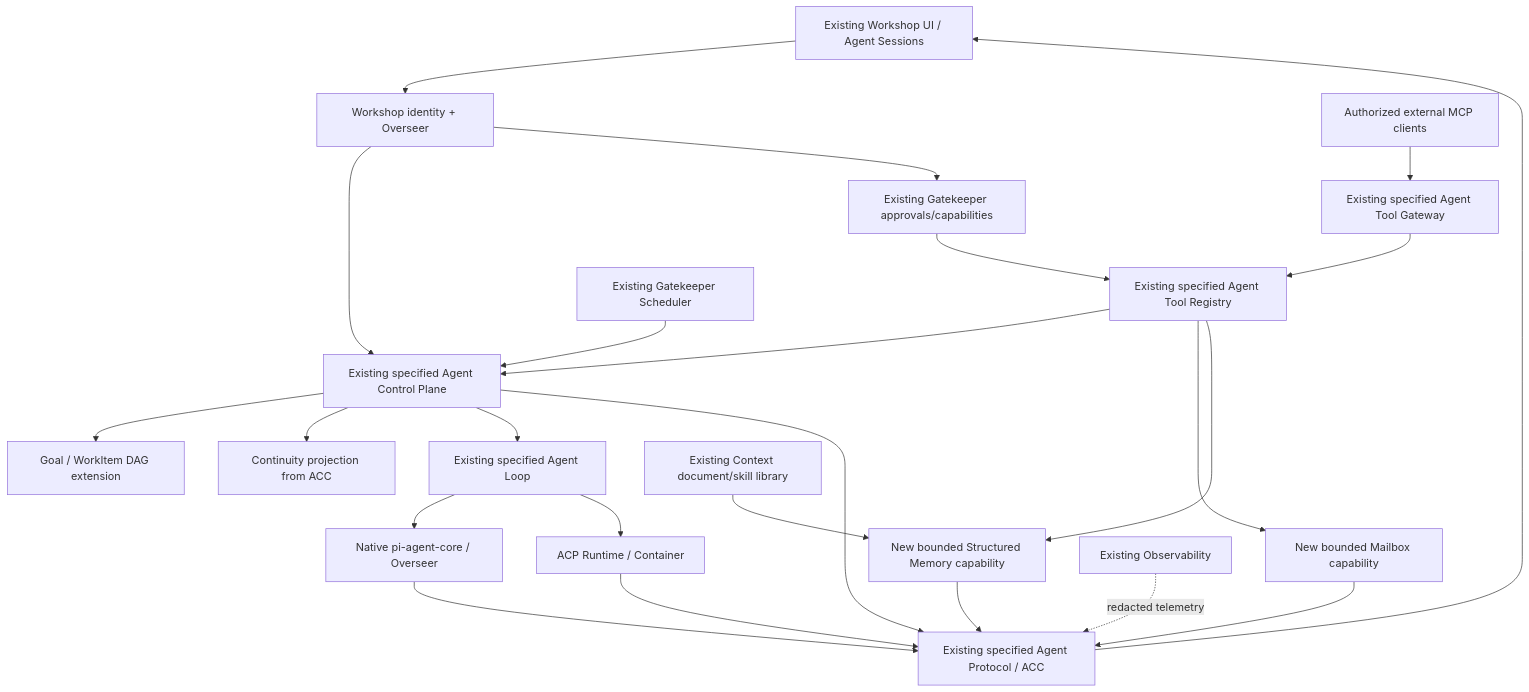
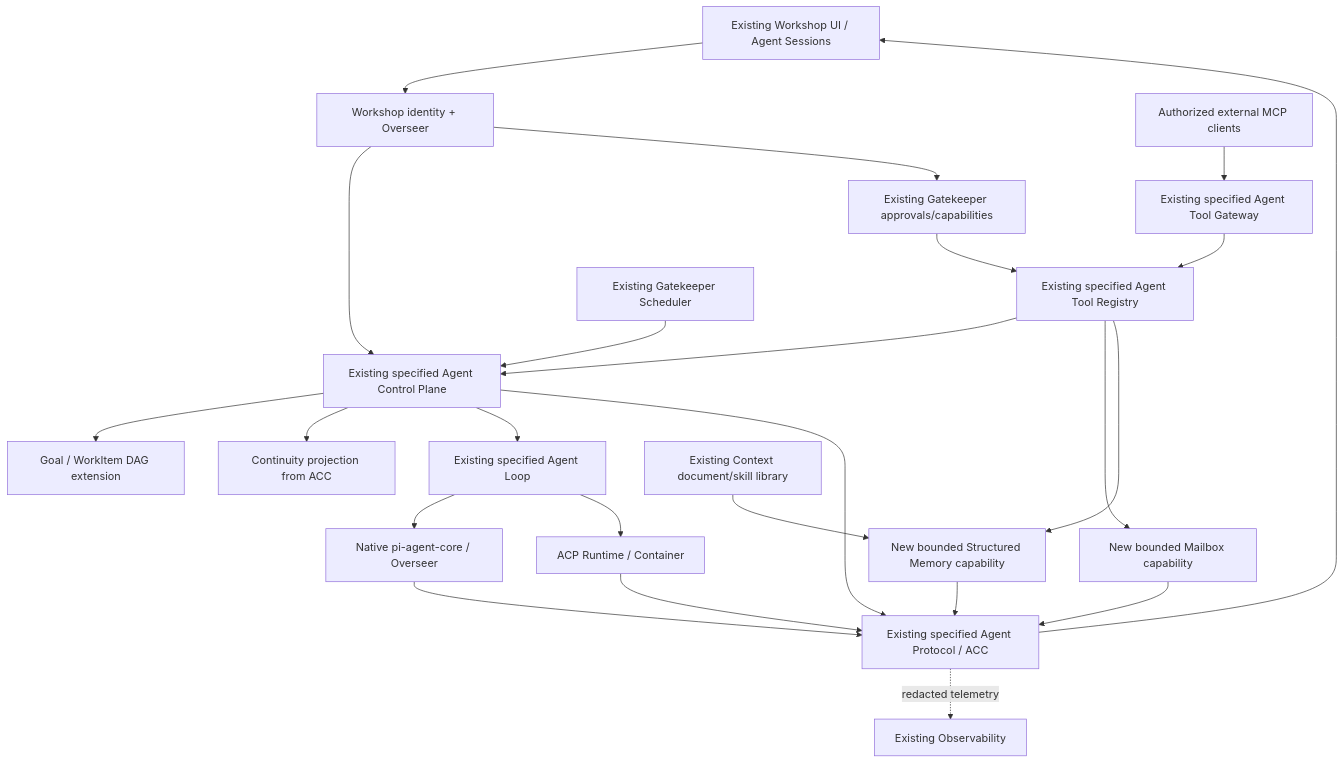
Before and after one commit to brasalabs6/cloudflare-os: the diagram in docs/architecture/MULTIAGENT_MCP_PLATFORM.md, drawn with Mermaid.

Commit message:
docs: correct ACC-to-observability direction in diagram

````diff
--- a/docs/architecture/MULTIAGENT_MCP_PLATFORM.md
+++ b/docs/architecture/MULTIAGENT_MCP_PLATFORM.md
@@ -22,26 +22,26 @@
 ```mermaid
 flowchart TB
   UI[Existing Workshop UI / Agent Sessions] --> W[Workshop identity + Overseer]
   EXT[Authorized external MCP clients] --> GW[Existing specified Agent Tool Gateway]
   W --> CP[Existing specified Agent Control Plane]
   GW --> TR[Existing specified Agent Tool Registry]
   TR --> CP
   TR --> MB[New bounded Mailbox capability]
   TR --> MEM[New bounded Structured Memory capability]
   CP --> WB[Goal / WorkItem DAG extension]
   CP --> CONT[Continuity projection from ACC]
   CP --> L[Existing specified Agent Loop]
   L --> N[Native pi-agent-core / Overseer]
   L --> RT[ACP Runtime / Container]
   HOOK[Existing Gatekeeper Scheduler] --> CP
   W --> GK[Existing Gatekeeper approvals/capabilities]
   GK --> TR
   CTX[Existing Context document/skill library] --> MEM
   CP --> ACC[Existing specified Agent Protocol / ACC]
   MB --> ACC
   MEM --> ACC
   RT --> ACC
   N --> ACC
   ACC --> UI
-  OBS[Existing Observability] -.redacted telemetry.-> ACC
+  ACC -.redacted telemetry.-> OBS[Existing Observability]
 ```
````
